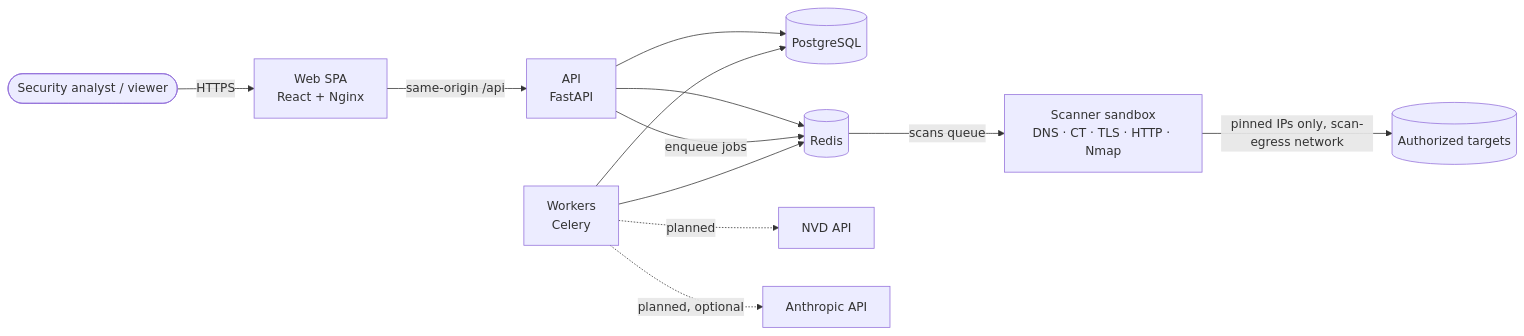
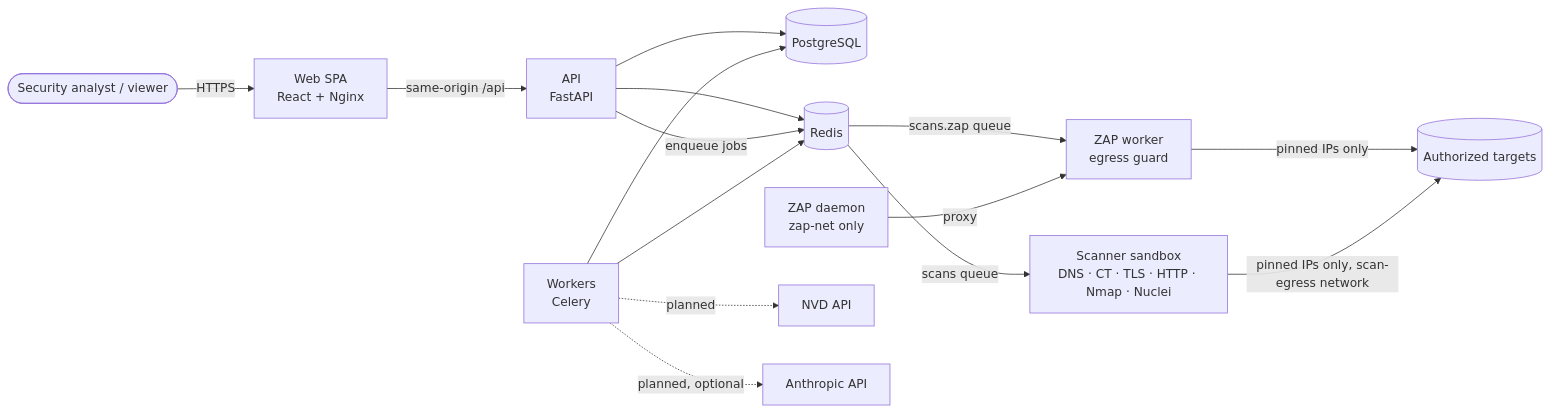
Before and after one commit to Fabianooliveirasilva/SENTINELX: the first of 2 diagrams in docs/ARCHITECTURE.md, drawn with Mermaid. The commit also changed other lines of this file and 59 other files, not shown here.

````diff
--- a/docs/ARCHITECTURE.md
+++ b/docs/ARCHITECTURE.md
@@ -22,14 +22,17 @@
 ```mermaid
 flowchart LR
     analyst([Security analyst / viewer]) -->|HTTPS| web[Web SPA<br/>React + Nginx]
     web -->|same-origin /api| api[API<br/>FastAPI]
     api --> pg[(PostgreSQL)]
     api --> redis[(Redis)]
     api -->|enqueue jobs| redis
     worker[Workers<br/>Celery] --> redis
     worker --> pg
-    redis -->|scans queue| scanner[Scanner sandbox<br/>DNS · CT · TLS · HTTP · Nmap]
+    redis -->|scans queue| scanner[Scanner sandbox<br/>DNS · CT · TLS · HTTP · Nmap · Nuclei]
+    redis -->|scans.zap queue| scannerzap[ZAP worker<br/>egress guard]
+    zap[ZAP daemon<br/>zap-net only] -->|proxy| scannerzap
+    scannerzap -->|pinned IPs only| targets
     scanner -->|pinned IPs only, scan-egress network| targets[(Authorized targets)]
     worker -.->|planned| nvd[NVD API]
     worker -.->|planned, optional| llm[Anthropic API]
 ```
````
